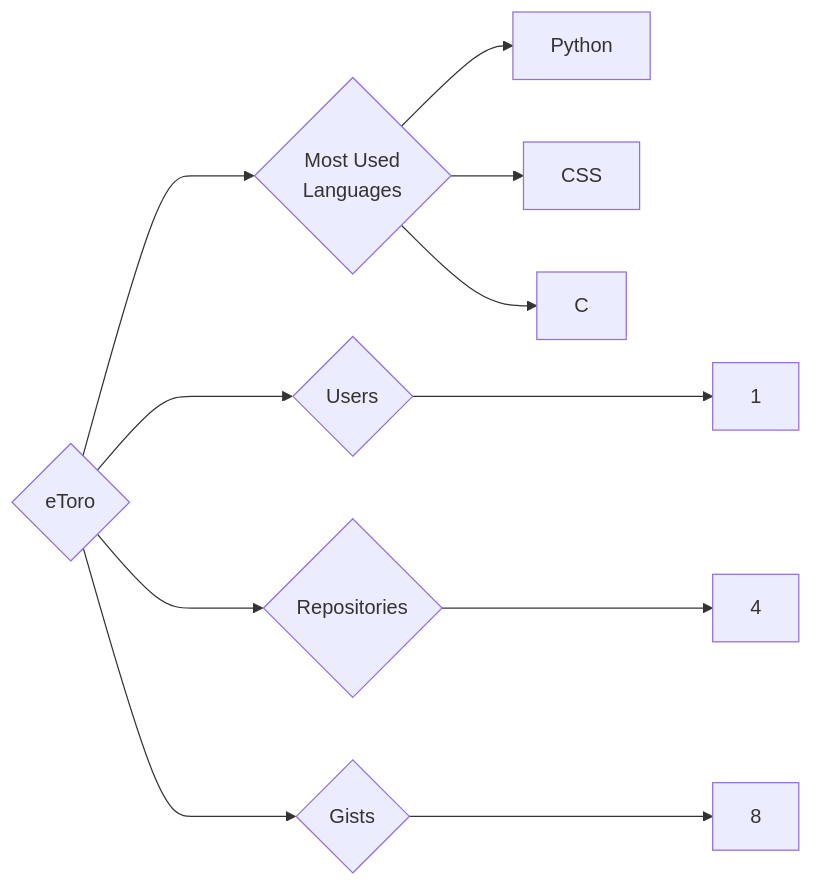
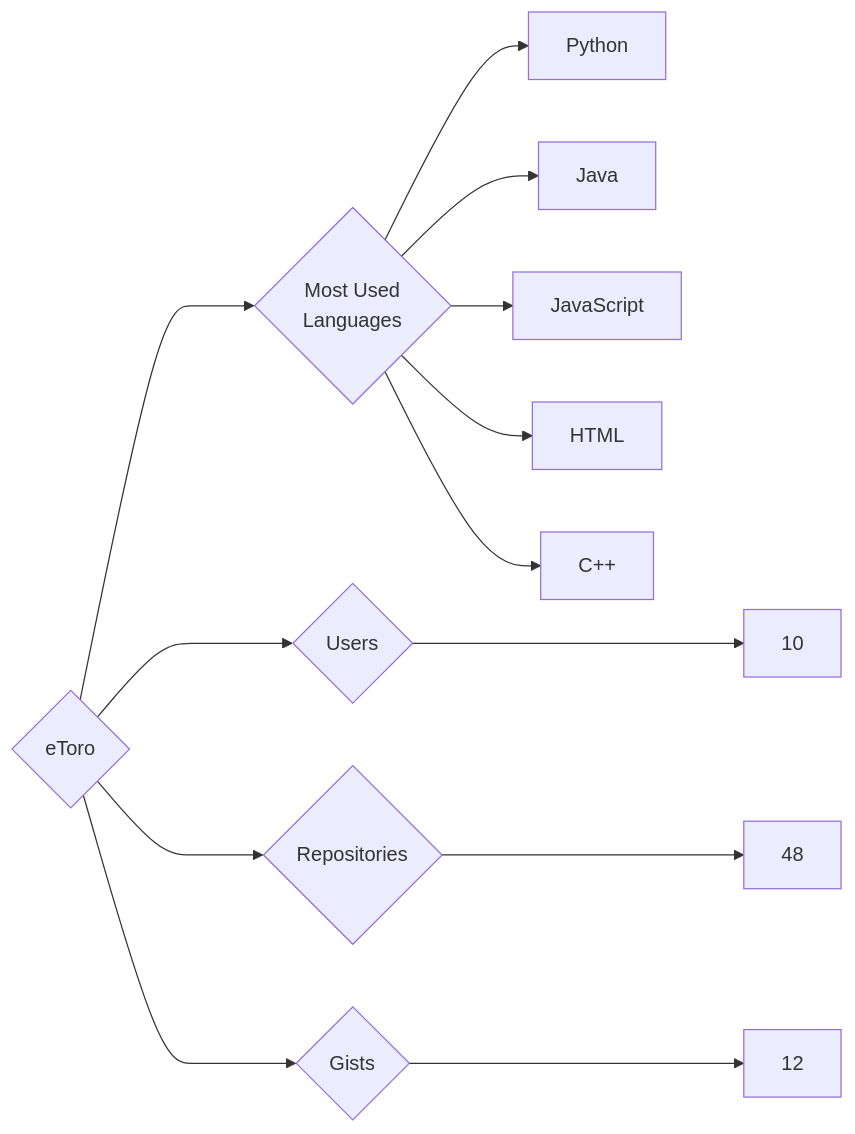
The diagram in targets/eToro/README.md (trickest/insiders), drawn with Mermaid before and after one commit. The commit also changed 948 other files, not shown here.

````diff
--- a/targets/eToro/README.md
+++ b/targets/eToro/README.md
@@ -3,11 +3,13 @@
 ```mermaid
 graph LR
 COMPANY_NAME{eToro}
-COMPANY_NAME ---> U{Users} ---> UN[1]
-COMPANY_NAME ---> R{Repositories} ---> RN[4]
-COMPANY_NAME ---> G{Gists} ---> GN[8]
+COMPANY_NAME ---> U{Users} ---> UN[10]
+COMPANY_NAME ---> R{Repositories} ---> RN[48]
+COMPANY_NAME ---> G{Gists} ---> GN[12]
 COMPANY_NAME ---> ML{Most Used<br>Languages}
 ML --> Python[Python]
-ML --> CSS[CSS]
-ML --> C[C]
+ML --> Java[Java]
+ML --> JavaScript[JavaScript]
+ML --> HTML[HTML]
+ML --> C++[C++]
 ```
````
